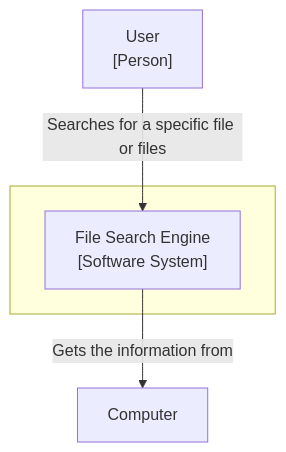
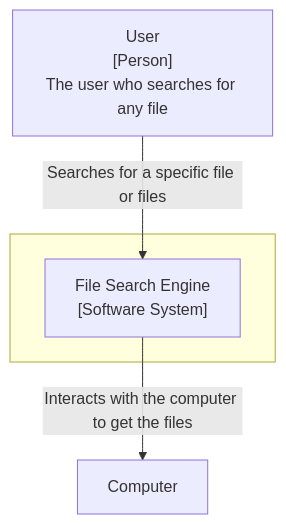
One commit to moldovanolimpiu/File-Search-Engine changed the first of 2 diagrams in ARCHITECTURE.md. Above: the diagram before and after it, drawn with Mermaid. The commit also changed other lines of this file, not shown here.

````diff
--- a/ARCHITECTURE.md
+++ b/ARCHITECTURE.md
@@ -3,8 +3,8 @@
 ``` mermaid
 flowchart TD
     subgraph Group1[" "]
         A
     end
-    B["User\n[Person]"] -->|Searches for a specific file or files| A["File Search Engine\n[Software System]"]
-    A["File Search Engine\n[Software System]"] -->|Gets the information from| C["Computer"]
+    B["User\n[Person]\nThe user who searches for any file"] -->|Searches for a specific file or files| A["File Search Engine\n[Software System]"]
+    A["File Search Engine\n[Software System]"] -->|Interacts with the computer to get the files| C["Computer"]
 ```
````
